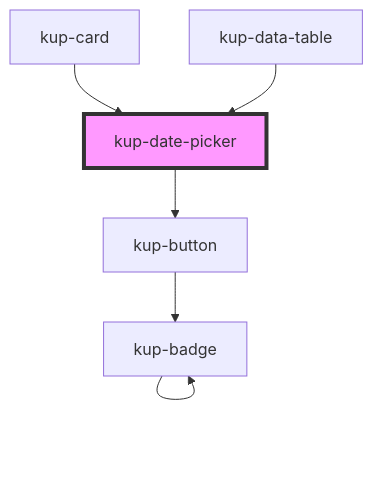
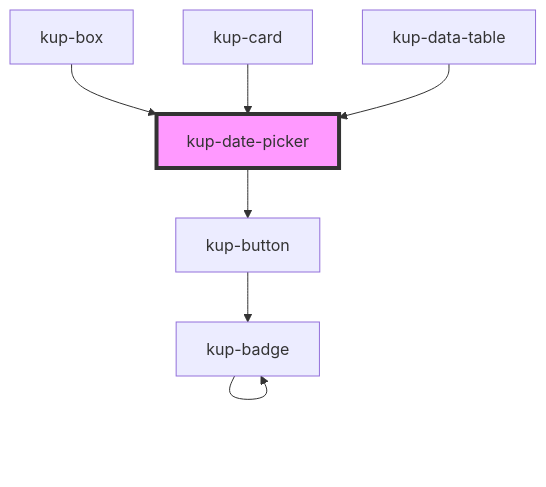
One commit to smeup/ketchup changed the diagram in packages/ketchup/src/components/kup-date-picker/readme.md. Above: the diagram before and after it, drawn with Mermaid. The commit also changed other lines of this file and 18 other files, not shown here.

````diff
--- a/packages/ketchup/src/components/kup-date-picker/readme.md
+++ b/packages/ketchup/src/components/kup-date-picker/readme.md
@@ -97,9 +98,10 @@
 ```mermaid
 graph TD;
   kup-date-picker --> kup-button
   kup-button --> kup-badge
   kup-badge --> kup-badge
+  kup-box --> kup-date-picker
   kup-card --> kup-date-picker
   kup-data-table --> kup-date-picker
   style kup-date-picker fill:#f9f,stroke:#333,stroke-width:4px
 ```
````
